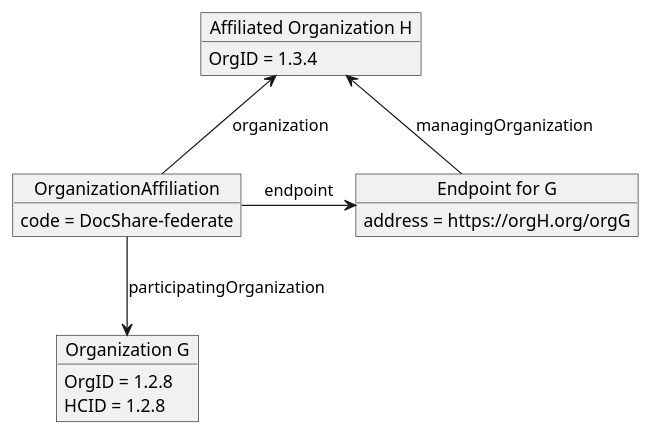
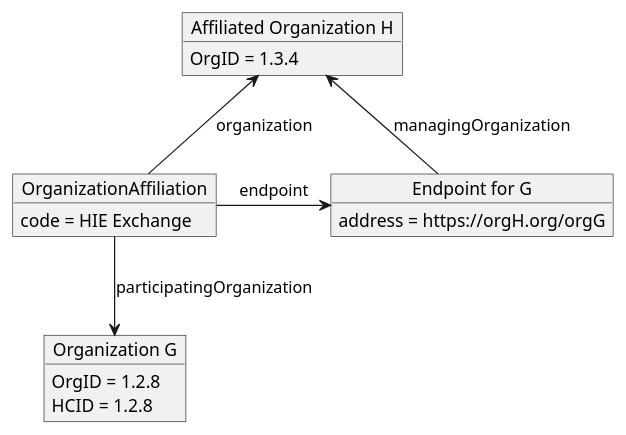
The diagram in images-source/dir-org-specific-endpoint-from-affil.plantuml (IHE/ITI.Topologies), drawn with PlantUML before and after one commit. The commit also changed 4 other files, not shown here.

```diff
--- a/images-source/dir-org-specific-endpoint-from-affil.plantuml
+++ b/images-source/dir-org-specific-endpoint-from-affil.plantuml
@@ -1,19 +1,19 @@
 @startuml dir-org-specific-endpoint-from-affil
 hide footbox
 
 object "Organization G" as OrganizationG
 OrganizationG : OrgID = 1.2.8
 OrganizationG : HCID = 1.2.8
 object "Affiliated Organization H" as OrganizationH
 OrganizationH : OrgID = 1.3.4
 object "OrganizationAffiliation" as OrgAff
-OrgAff : code = DocShare-federate
+OrgAff : code = HIE Exchange
 object "Endpoint for G" as EndpointG
 EndpointG : address = https://orgH.org/orgG
 
 OrgAff --> OrganizationG : participatingOrganization
 OrganizationH <-- OrgAff : organization
 OrgAff -> EndpointG : endpoint
 OrganizationH <- EndpointG : managingOrganization
 
 @enduml
```
